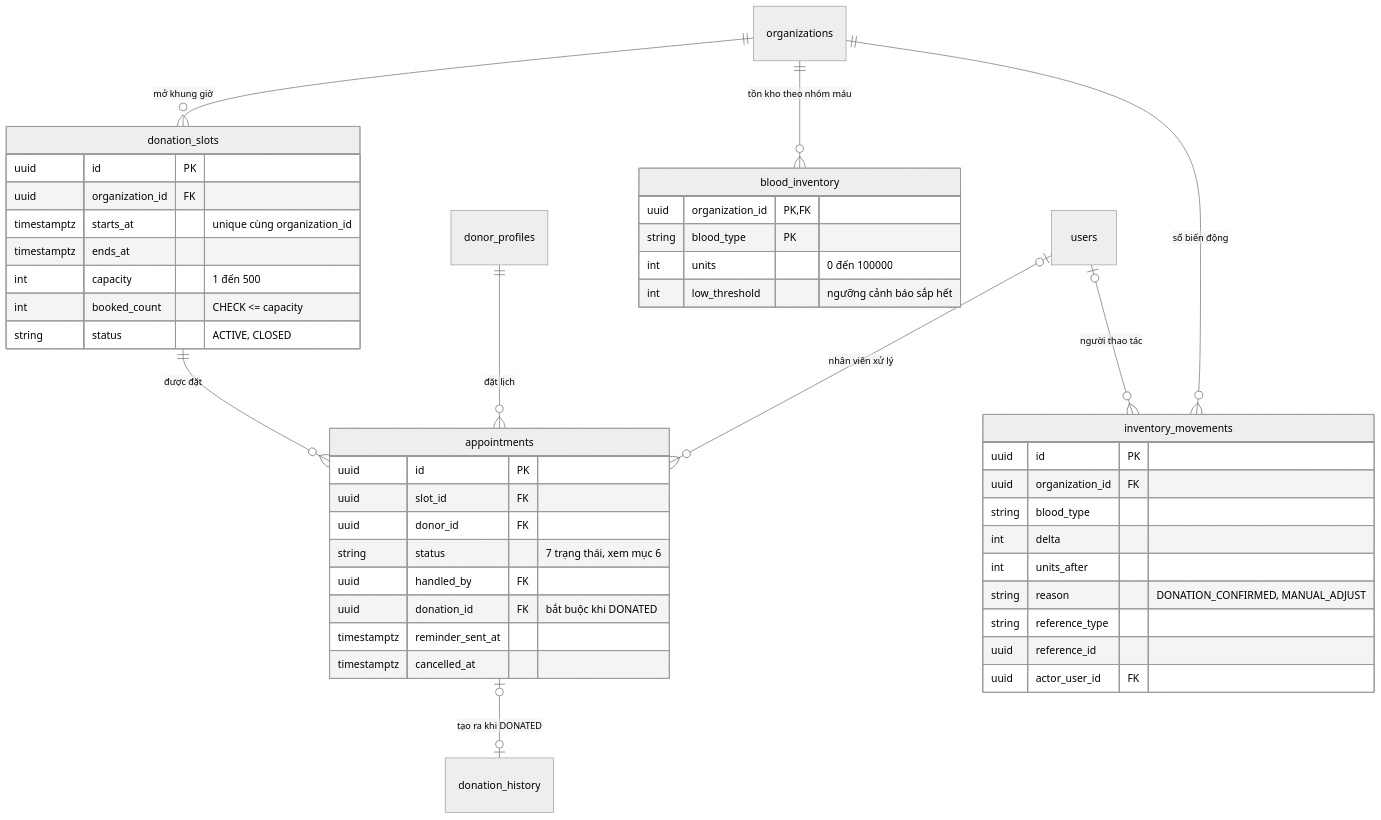
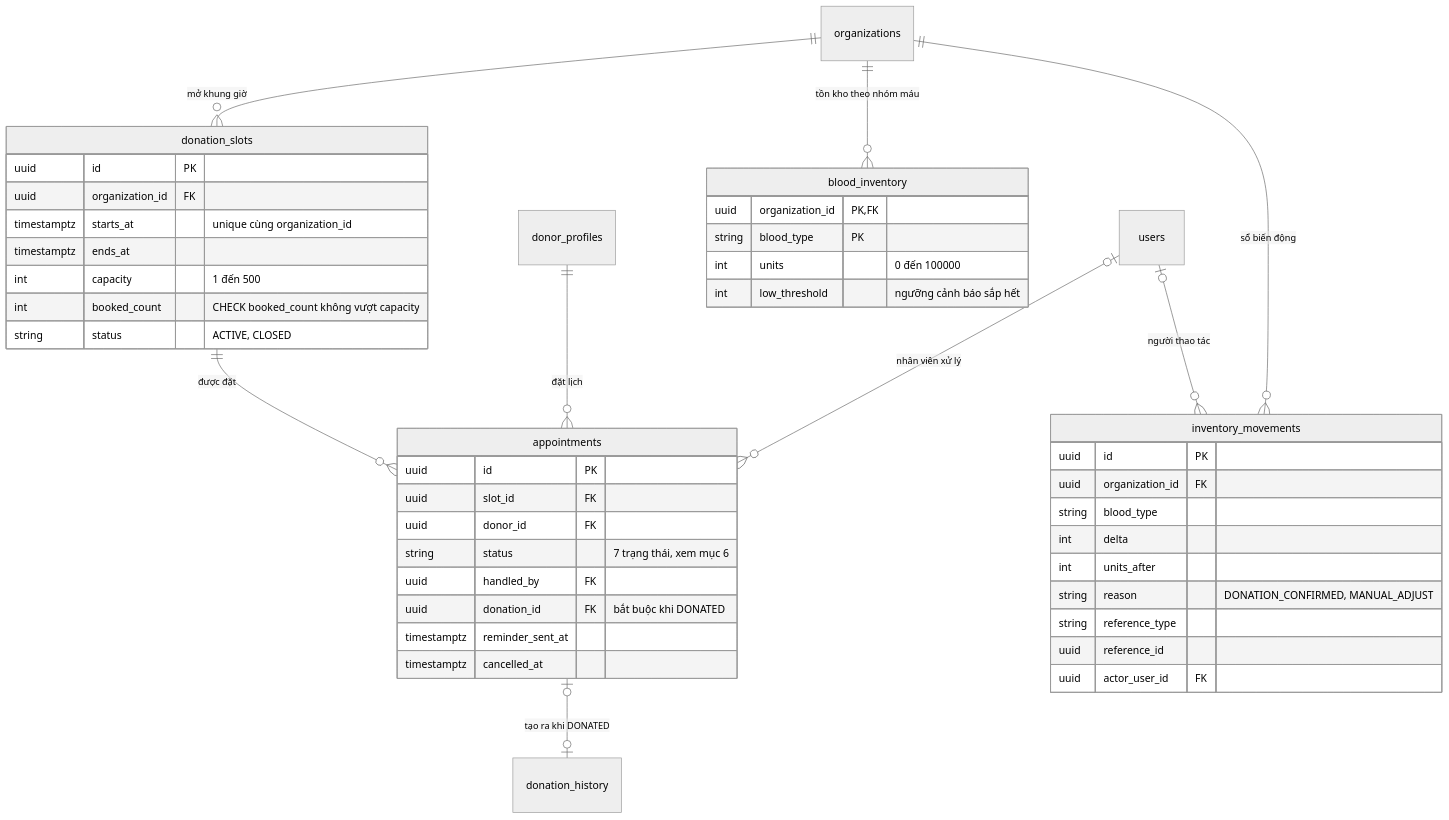
Before and after one commit to nhungoc260/lifely_demo: the fourth of 18 diagrams in docs/ARCHITECTURE.md, drawn with Mermaid (neutral theme). The commit also changed other lines of this file, not shown here.

Commit message:
fix architecture

````diff
--- a/docs/ARCHITECTURE.md
+++ b/docs/ARCHITECTURE.md
@@ -262,48 +273,48 @@
 ```mermaid
 erDiagram
   organizations ||--o{ donation_slots : "mở khung giờ"
   donation_slots ||--o{ appointments : "được đặt"
   donor_profiles ||--o{ appointments : "đặt lịch"
   appointments |o--o| donation_history : "tạo ra khi DONATED"
   organizations ||--o{ blood_inventory : "tồn kho theo nhóm máu"
   organizations ||--o{ inventory_movements : "sổ biến động"
   users |o--o{ appointments : "nhân viên xử lý"
   users |o--o{ inventory_movements : "người thao tác"
 
   donation_slots {
     uuid id PK
     uuid organization_id FK
     timestamptz starts_at "unique cùng organization_id"
     timestamptz ends_at
     int capacity "1 đến 500"
-    int booked_count "CHECK <= capacity"
+    int booked_count "CHECK booked_count không vượt capacity"
     string status "ACTIVE, CLOSED"
   }
   appointments {
     uuid id PK
     uuid slot_id FK
     uuid donor_id FK
     string status "7 trạng thái, xem mục 6"
     uuid handled_by FK
     uuid donation_id FK "bắt buộc khi DONATED"
     timestamptz reminder_sent_at
     timestamptz cancelled_at
   }
   blood_inventory {
     uuid organization_id PK, FK
     string blood_type PK
     int units "0 đến 100000"
     int low_threshold "ngưỡng cảnh báo sắp hết"
   }
   inventory_movements {
     uuid id PK
     uuid organization_id FK
     string blood_type
     int delta
     int units_after
     string reason "DONATION_CONFIRMED, MANUAL_ADJUST"
     string reference_type
     uuid reference_id
     uuid actor_user_id FK
   }
 ```
````
